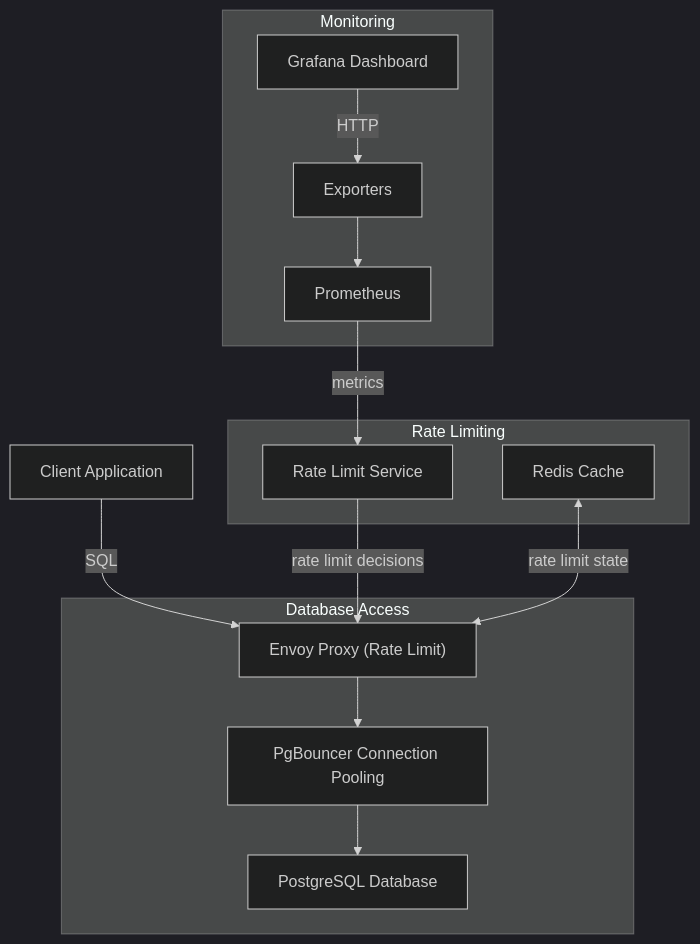
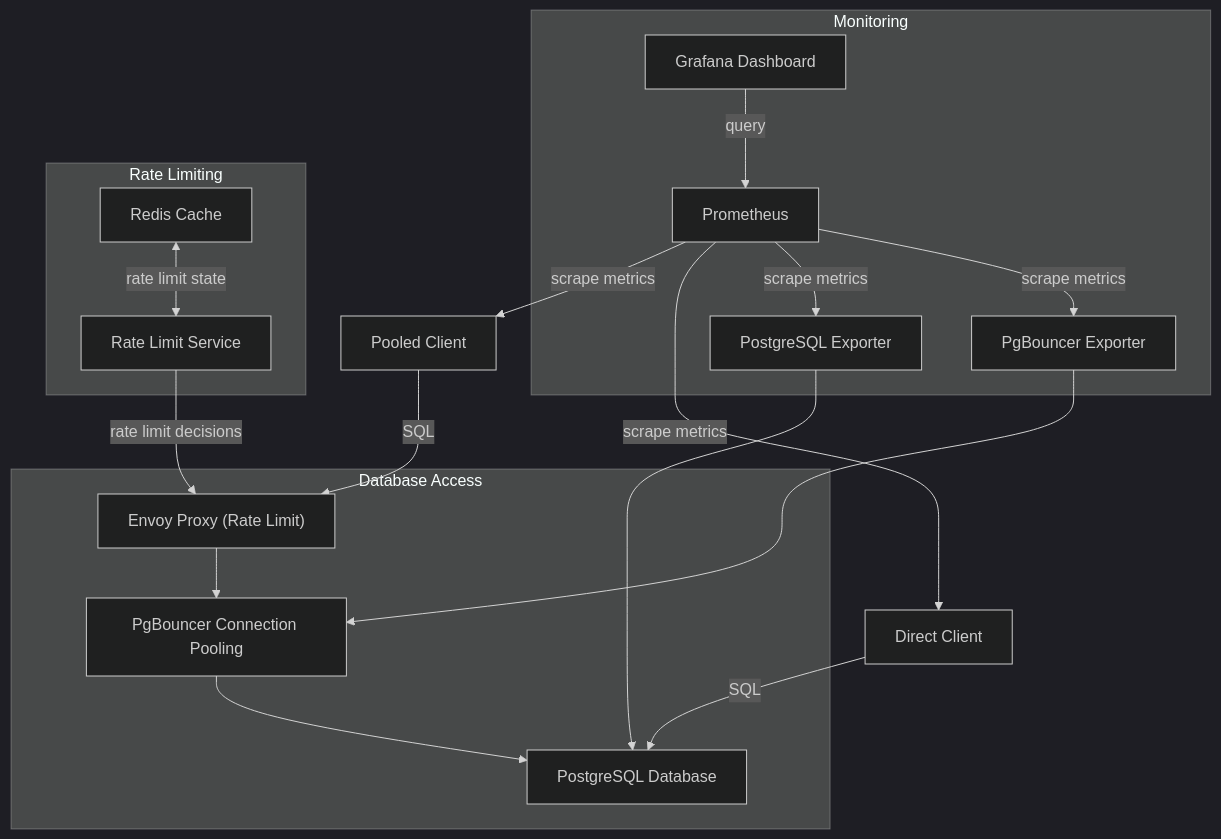
Before and after one commit to jbourdale/postgresql-pgbouncer-envoy: the diagram in README.md, drawn with Mermaid (dark theme). The commit also changed other lines of this file and 7 other files, not shown here.

````diff
--- a/README.md
+++ b/README.md
@@ -26,28 +20,34 @@
 ```mermaid
 flowchart TD
-    client[Client Application] -->|SQL| envoy["Envoy Proxy (Rate Limit)"]
+    pooled_client[Pooled Client] -->|SQL| envoy["Envoy Proxy (Rate Limit)"]
+    direct_client[Direct Client] -->|SQL| postgres
     envoy --> pgbouncer[PgBouncer Connection Pooling]
     pgbouncer --> postgres[PostgreSQL Database]
     ratelimit[Rate Limit Service] -->|rate limit decisions| envoy
-    redis[Redis Cache] <-->|rate limit state| envoy
-    prometheus[Prometheus] -->|metrics| ratelimit
-    exporters[Exporters] --> prometheus
-    grafana[Grafana Dashboard] -->|HTTP| exporters
+    redis[Redis Cache] <-->|rate limit state| ratelimit
+    prometheus[Prometheus] -->|scrape metrics| pooled_client
+    prometheus -->|scrape metrics| direct_client
+    prometheus -->|scrape metrics| postgres_exporter[PostgreSQL Exporter]
+    prometheus -->|scrape metrics| pgbouncer_exporter[PgBouncer Exporter]
+    postgres_exporter --> postgres
+    pgbouncer_exporter --> pgbouncer
+    grafana[Grafana Dashboard] -->|query| prometheus
     
     subgraph Monitoring
         prometheus
         grafana
-        exporters
+        postgres_exporter
+        pgbouncer_exporter
     end
     
     subgraph Rate Limiting
         ratelimit
         redis
     end
     
     subgraph Database Access
         envoy
         pgbouncer
         postgres
     end
 ```
````
